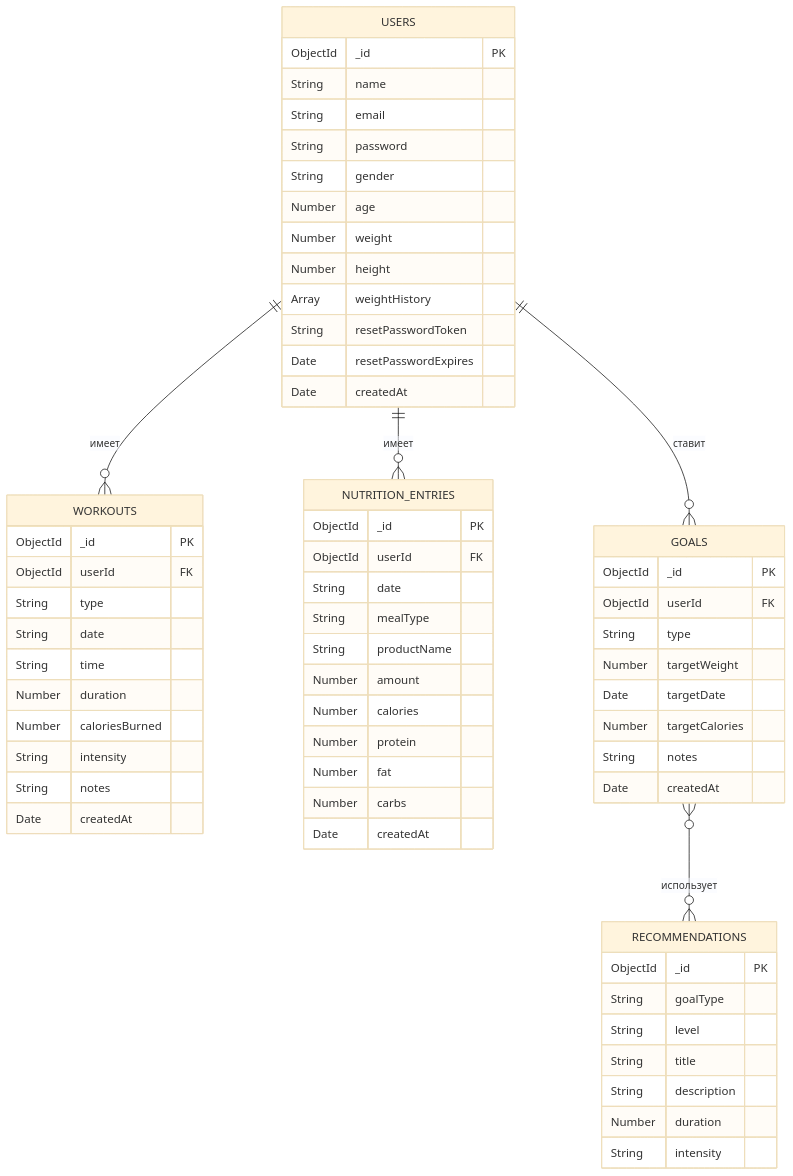
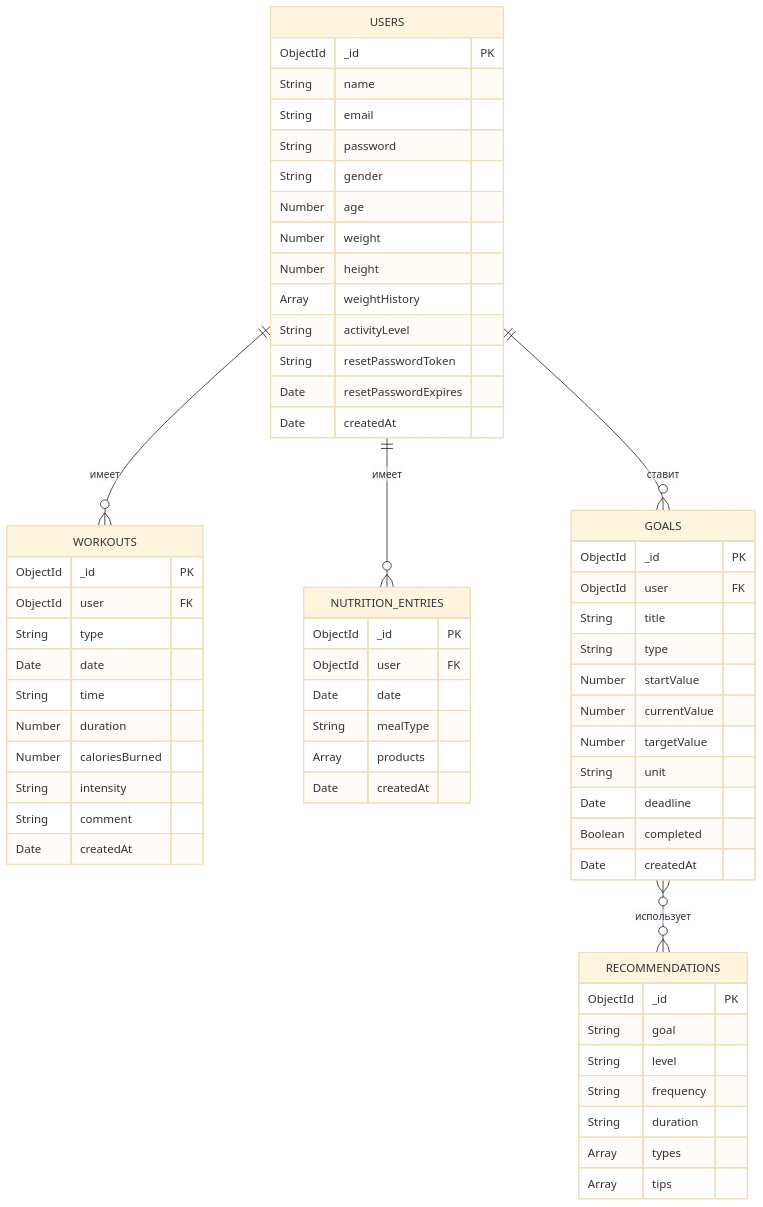
Before and after one commit to ogSulem/Fitness-tracker: the fourth of 6 diagrams in diploma.md, drawn with Mermaid (base theme). The commit also changed other lines of this file and 2 other files, not shown here.

First line of the commit message:
fix: route order workouts.js, auth on recommendations, .env.example, diploma DB schema corrections

````diff
--- a/diploma.md
+++ b/diploma.md
@@ -553,66 +564,65 @@
 ```mermaid
 erDiagram
     USERS {
         ObjectId _id PK
         String   name
         String   email
         String   password
         String   gender
         Number   age
         Number   weight
         Number   height
         Array    weightHistory
+        String   activityLevel
         String   resetPasswordToken
         Date     resetPasswordExpires
         Date     createdAt
     }
     WORKOUTS {
         ObjectId _id PK
-        ObjectId userId FK
+        ObjectId user  FK
         String   type
-        String   date
+        Date     date
         String   time
         Number   duration
         Number   caloriesBurned
         String   intensity
-        String   notes
+        String   comment
         Date     createdAt
     }
     NUTRITION_ENTRIES {
-        ObjectId _id PK
-        ObjectId userId FK
-        String   date
+        ObjectId _id      PK
+        ObjectId user     FK
+        Date     date
         String   mealType
-        String   productName
-        Number   amount
-        Number   calories
-        Number   protein
-        Number   fat
-        Number   carbs
+        Array    products
         Date     createdAt
     }
     GOALS {
-        ObjectId _id PK
-        ObjectId userId FK
+        ObjectId _id          PK
+        ObjectId user         FK
+        String   title
         String   type
-        Number   targetWeight
-        Date     targetDate
-        Number   targetCalories
-        String   notes
+        Number   startValue
+        Number   currentValue
+        Number   targetValue
+        String   unit
+        Date     deadline
+        Boolean  completed
         Date     createdAt
     }
     RECOMMENDATIONS {
-        ObjectId _id PK
-        String   goalType
+        ObjectId _id       PK
+        String   goal
         String   level
-        String   title
-        String   description
-        Number   duration
-        String   intensity
+        String   frequency
+        String   duration
+        Array    types
+        Array    tips
     }
 
     USERS ||--o{ WORKOUTS          : "имеет"
     USERS ||--o{ NUTRITION_ENTRIES : "имеет"
     USERS ||--o{ GOALS             : "ставит"
     GOALS }o--o{ RECOMMENDATIONS  : "использует"
 ```
````
